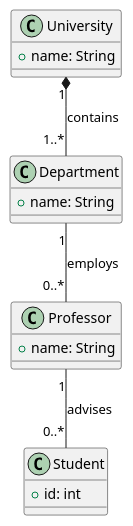
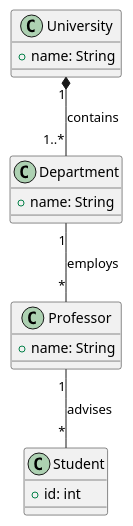
One commit to ArchesLab/ArchUML changed the fifth of 35 diagrams in REFERENCE.md. Above: the diagram before and after it, drawn with PlantUML. The commit also changed other lines of this file and 1 other file, not shown here.

```diff
--- a/REFERENCE.md
+++ b/REFERENCE.md
@@ -294,17 +294,17 @@
 @startuml
 class University {
   + name: String
 }
 class Department {
   + name: String
 }
 class Professor {
   + name: String
 }
 class Student {
   + id: int
 }
 University "1" *-- "1..*" Department : contains
-Department "1" -- "0..*" Professor : employs
-Professor "1" -- "0..*" Student : advises
+Department "1" -- "*" Professor : employs
+Professor "1" -- "*" Student : advises
 @enduml
```
